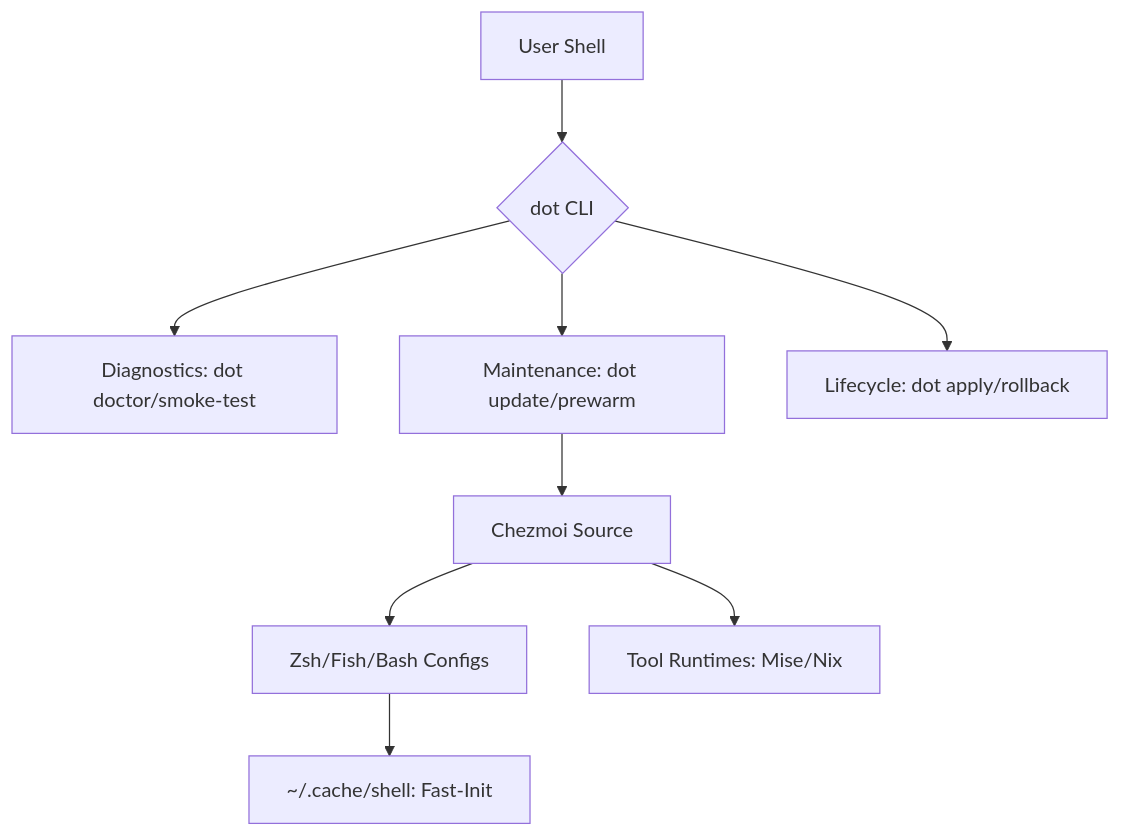
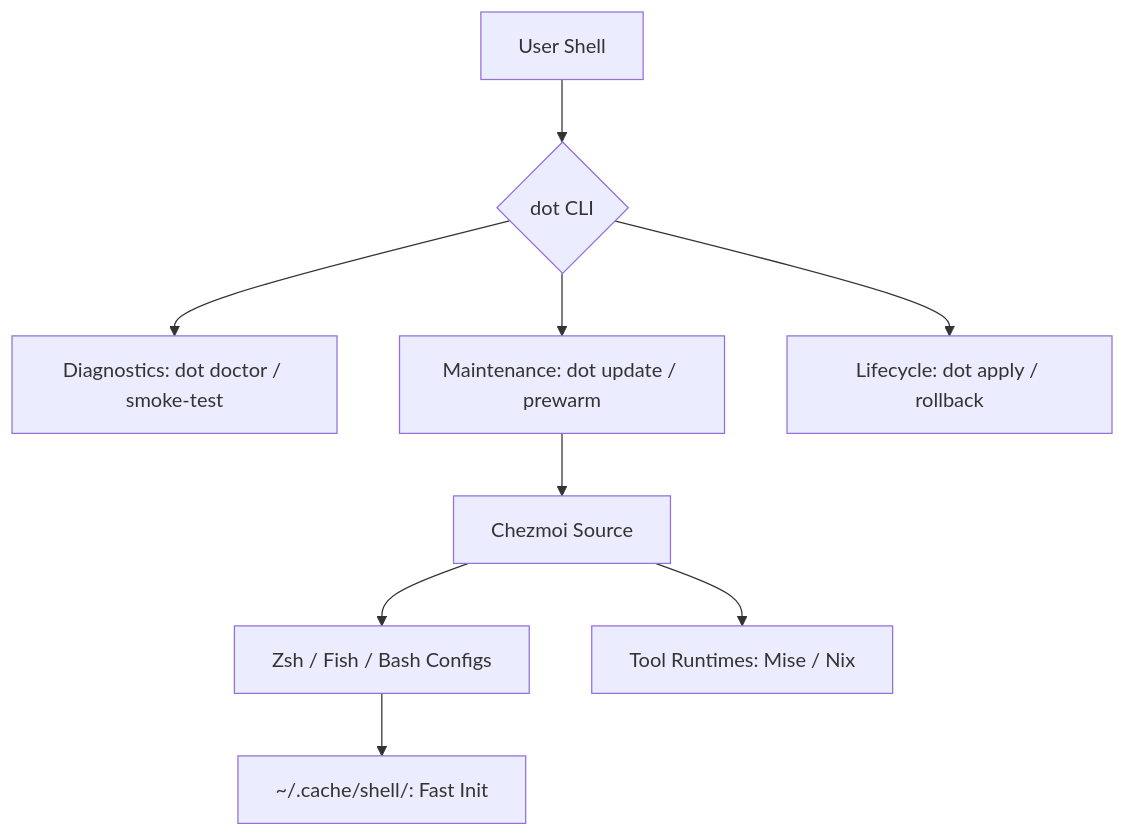
Before and after one commit to sebastienrousseau/dotfiles: the diagram in README.md, drawn with Mermaid. The commit also changed other lines of this file and 19 other files, not shown here.

````diff
--- a/README.md
+++ b/README.md
@@ -36,11 +74,11 @@
 ```mermaid
 graph TD
     A[User Shell] --> B{dot CLI}
-    B --> C[Diagnostics: dot doctor/smoke-test]
-    B --> D[Maintenance: dot update/prewarm]
-    B --> E[Lifecycle: dot apply/rollback]
+    B --> C[Diagnostics: dot doctor / smoke-test]
+    B --> D[Maintenance: dot update / prewarm]
+    B --> E[Lifecycle: dot apply / rollback]
     D --> F[Chezmoi Source]
-    F --> G[Zsh/Fish/Bash Configs]
-    F --> H[Tool Runtimes: Mise/Nix]
-    G --> I[~/.cache/shell: Fast-Init]
+    F --> G[Zsh / Fish / Bash Configs]
+    F --> H[Tool Runtimes: Mise / Nix]
+    G --> I[~/.cache/shell/: Fast Init]
 ```
````
